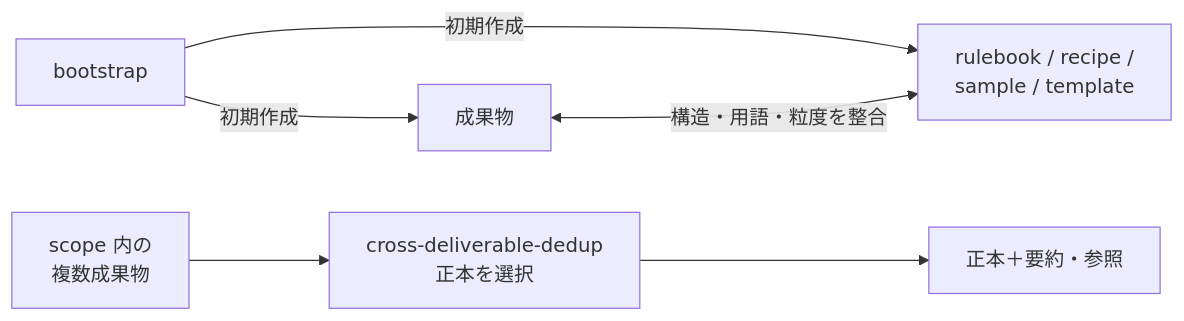
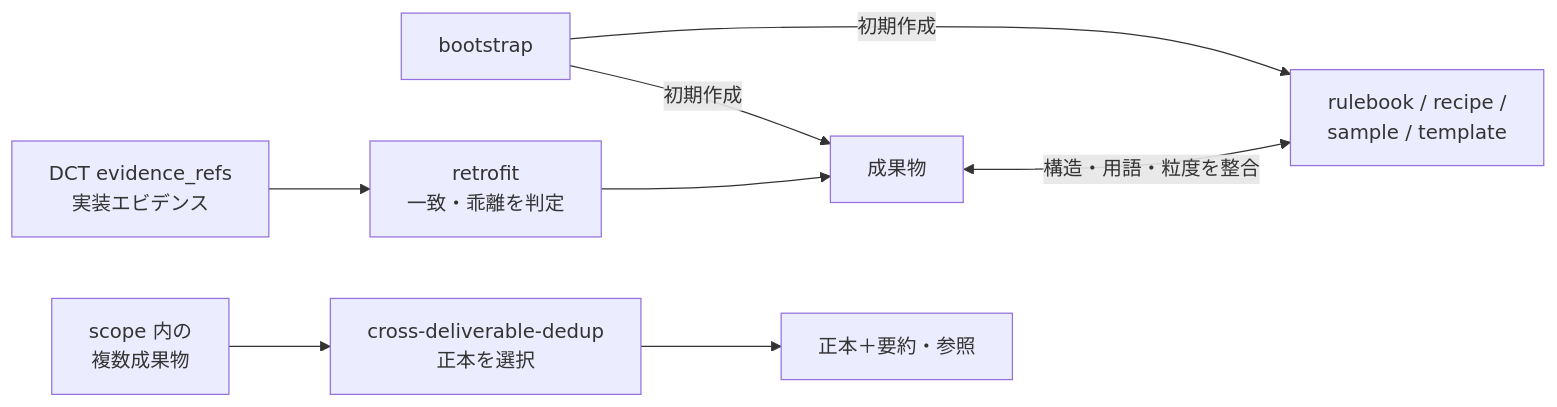
One commit to specdojo/specdojo changed the third of 5 diagrams in docs/ja/specdojo/guides/kata-guide.md. Above: the diagram before and after it, drawn with Mermaid. The commit also changed other lines of this file and 24 other files, not shown here.

````diff
--- a/docs/ja/specdojo/guides/kata-guide.md
+++ b/docs/ja/specdojo/guides/kata-guide.md
@@ -102,14 +103,15 @@
 ```mermaid
 flowchart LR
   BS["bootstrap"]
   D["成果物"]
   K["rulebook / recipe /<br/>sample / template"]
   S["scope 内の<br/>複数成果物"]
   DD["cross-deliverable-dedup<br/>正本を選択"]
   C["正本＋要約・参照"]
 
   BS -->|初期作成| D
   BS -->|初期作成| K
   D <-->|構造・用語・粒度を整合| K
+  E["DCT evidence_refs<br/>実装エビデンス"] --> RF["retrofit<br/>一致・乖離を判定"] --> D
   S --> DD --> C
 ```
````
